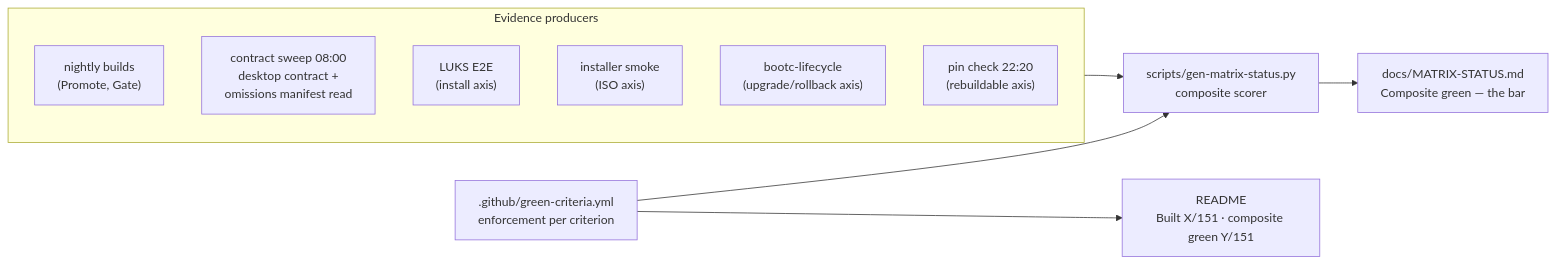
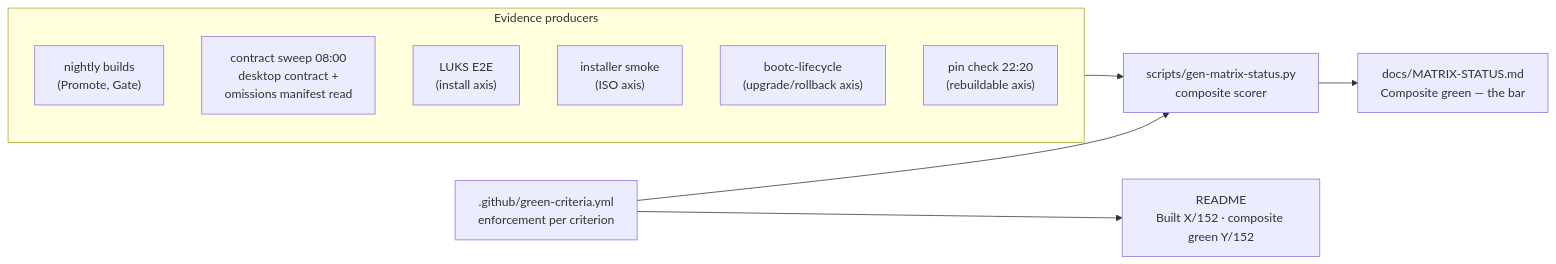
One commit to tuna-os/tunaOS changed the fifth of 5 diagrams in docs/DEVELOPER-GUIDE.md. Above: the diagram before and after it, drawn with Mermaid. The commit also changed other lines of this file and 5 other files, not shown here.

````diff
--- a/docs/DEVELOPER-GUIDE.md
+++ b/docs/DEVELOPER-GUIDE.md
@@ -294,20 +294,20 @@
 ```mermaid
 flowchart LR
     subgraph evidence["Evidence producers"]
         BLD["nightly builds<br/>(Promote, Gate)"]
         SWEEP["contract sweep 08:00<br/>desktop contract +<br/>omissions manifest read"]
         LUKS["LUKS E2E<br/>(install axis)"]
         ISO["installer smoke<br/>(ISO axis)"]
         LC["bootc-lifecycle<br/>(upgrade/rollback axis)"]
         PIN["pin check 22:20<br/>(rebuildable axis)"]
     end
     CRIT[".github/green-criteria.yml<br/>enforcement per criterion"]
     GEN["scripts/gen-matrix-status.py<br/>composite scorer"]
     MS["docs/MATRIX-STATUS.md<br/>Composite green — the bar"]
-    RM["README<br/>Built X/151 · composite green Y/151"]
+    RM["README<br/>Built X/152 · composite green Y/152"]
 
     evidence --> GEN
     CRIT --> GEN
     GEN --> MS
     CRIT --> RM
 ```
````
